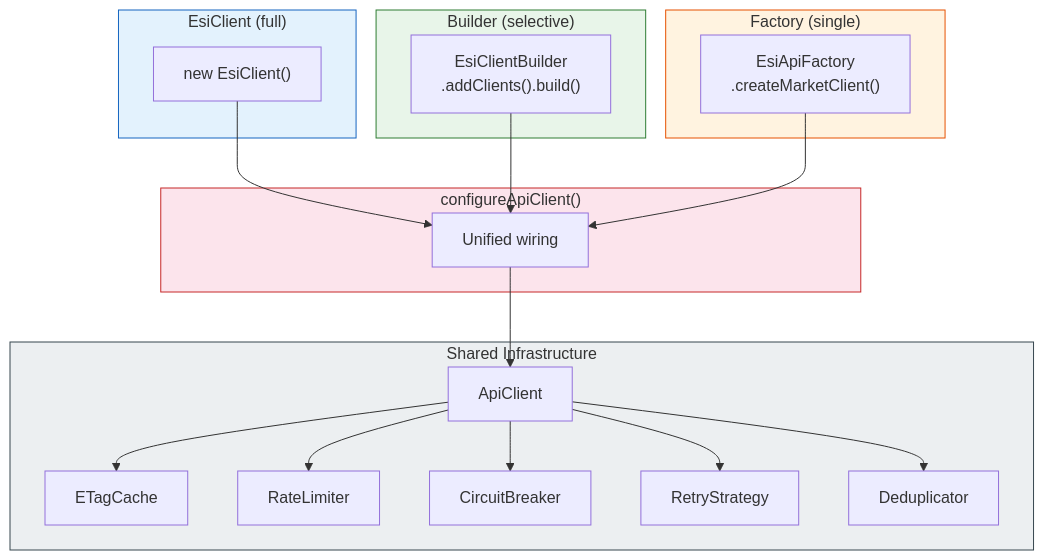
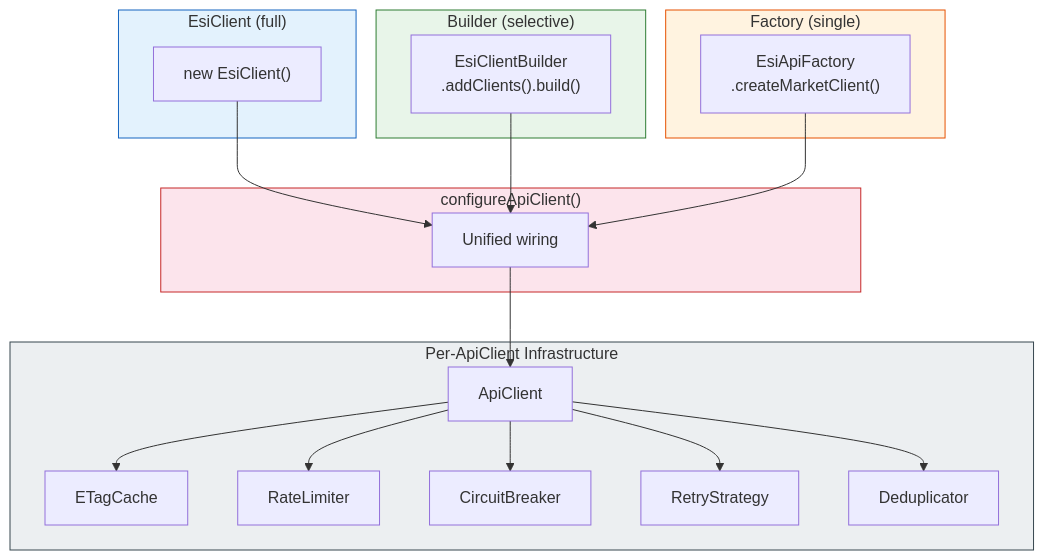
One commit to lgriffin/ESI.ts changed diagram 11 of 14 in guides/ARCHITECTURE.md. Above: the diagram before and after it, drawn with Mermaid. The commit also changed other lines of this file and 17 other files, not shown here.

First line of the commit message:
docs(guides): write the charter guides and retire docs/

````diff
--- a/guides/ARCHITECTURE.md
+++ b/guides/ARCHITECTURE.md
@@ -616,41 +826,41 @@
 ```mermaid
 flowchart TB
     subgraph P1 ["EsiClient (full)"]
         p1["new EsiClient()"]
     end
     subgraph P2 ["Builder (selective)"]
         p2["EsiClientBuilder\n.addClients().build()"]
     end
     subgraph P3 ["Factory (single)"]
         p3["EsiApiFactory\n.createMarketClient()"]
     end
 
     subgraph CW ["configureApiClient()"]
         cw["Unified wiring"]
     end
 
-    subgraph Infra ["Shared Infrastructure"]
+    subgraph Infra ["Per-ApiClient Infrastructure"]
         ac["ApiClient"]
         cache["ETagCache"]
         rl["RateLimiter"]
         cb["CircuitBreaker"]
         retry["RetryStrategy"]
         dedup["Deduplicator"]
     end
 
     p1 --> cw
     p2 --> cw
     p3 --> cw
     cw --> ac
     ac --> cache
     ac --> rl
     ac --> cb
     ac --> retry
     ac --> dedup
 
     style P1 fill:#e3f2fd,stroke:#1565c0
     style P2 fill:#e8f5e9,stroke:#2e7d32
     style P3 fill:#fff3e0,stroke:#e65100
     style CW fill:#fce4ec,stroke:#c62828
     style Infra fill:#eceff1,stroke:#37474f
 ```
````
